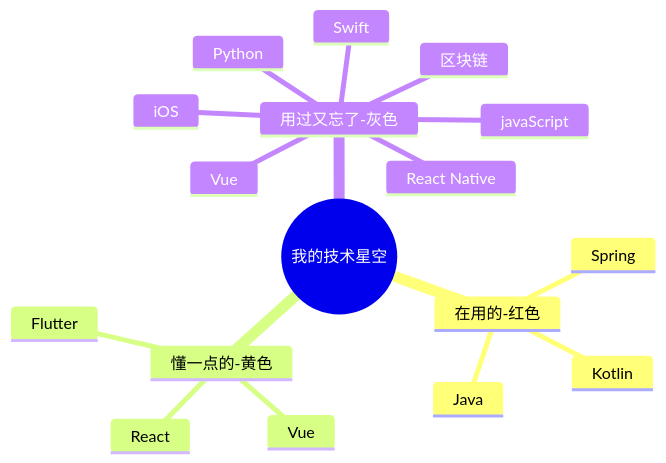
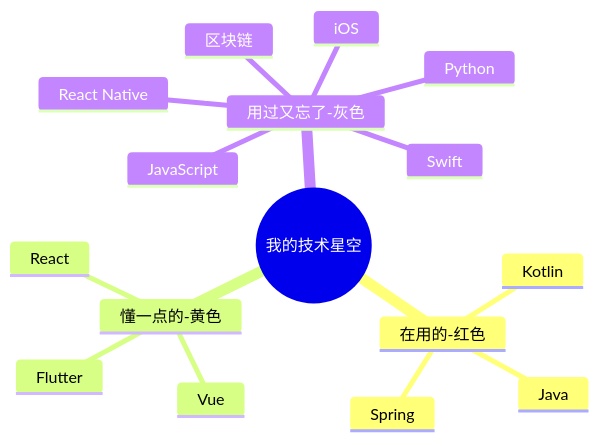
Before and after one commit to chongyang211/YCBookBlog: the first of 2 diagrams in packages/website/13.书籍/04.自我精进·学习/03.信息管理/02.体系思维很重要.md, drawn with Mermaid. The commit also changed other lines of this file and 83 other files, not shown here.

````diff
--- a/packages/website/13.书籍/04.自我精进·学习/03.信息管理/02.体系思维很重要.md
+++ b/packages/website/13.书籍/04.自我精进·学习/03.信息管理/02.体系思维很重要.md
@@ -45,20 +46,19 @@
 ```mermaid
 mindmap
   root((我的技术星空))
     在用的-红色
       Java
       Spring
       Kotlin
     懂一点的-黄色
       Vue
       Flutter
       React
     用过又忘了-灰色
       Python
       Swift
-      Vue
       React Native
       iOS
-      javaScript
+      JavaScript
       区块链
 ```
````
